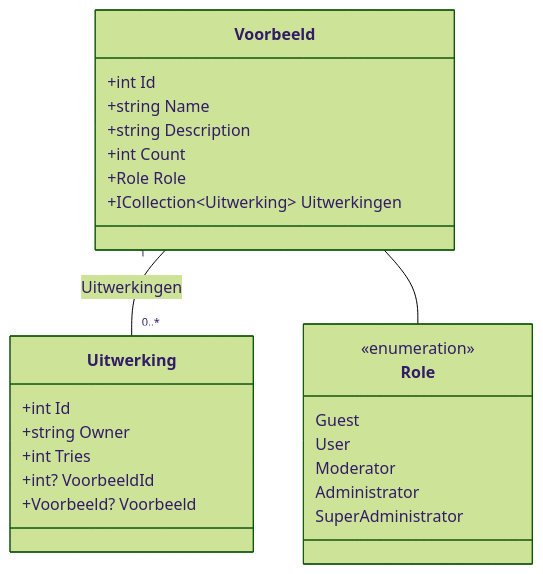
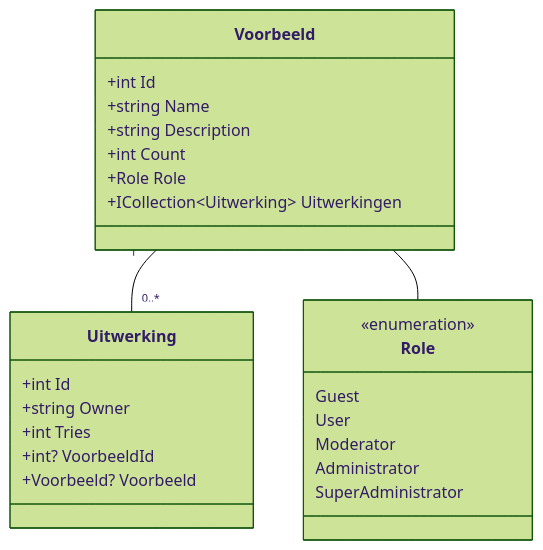
The diagram in README.md (ZuydUniversity/Linq), drawn with Mermaid (forest theme) before and after one commit.

Commit message:
Update class diagram associations in README.md
Removed "Uitwerkingen" label from Voorbeeld-Uitwerking association.
Added or clarified Voorbeeld-Role association in diagram section.

````diff
--- a/README.md
+++ b/README.md
@@ -18,31 +18,31 @@
 ```mermaid
 classDiagram
     class Voorbeeld {
         +int Id
         +string Name
         +string Description
         +int Count
         +Role Role
         +ICollection~Uitwerking~ Uitwerkingen
     }
 
     class Uitwerking {
         +int Id
         +string Owner
         +int Tries
         +int? VoorbeeldId
         +Voorbeeld? Voorbeeld
     }
 
     class Role {
         <<enumeration>>
         Guest
         User
         Moderator
         Administrator
         SuperAdministrator
     }
 
-    Voorbeeld "1" -- "0..*" Uitwerking : Uitwerkingen
+    Voorbeeld "1" -- "0..*" Uitwerking
     Voorbeeld -- Role
 ```
````
